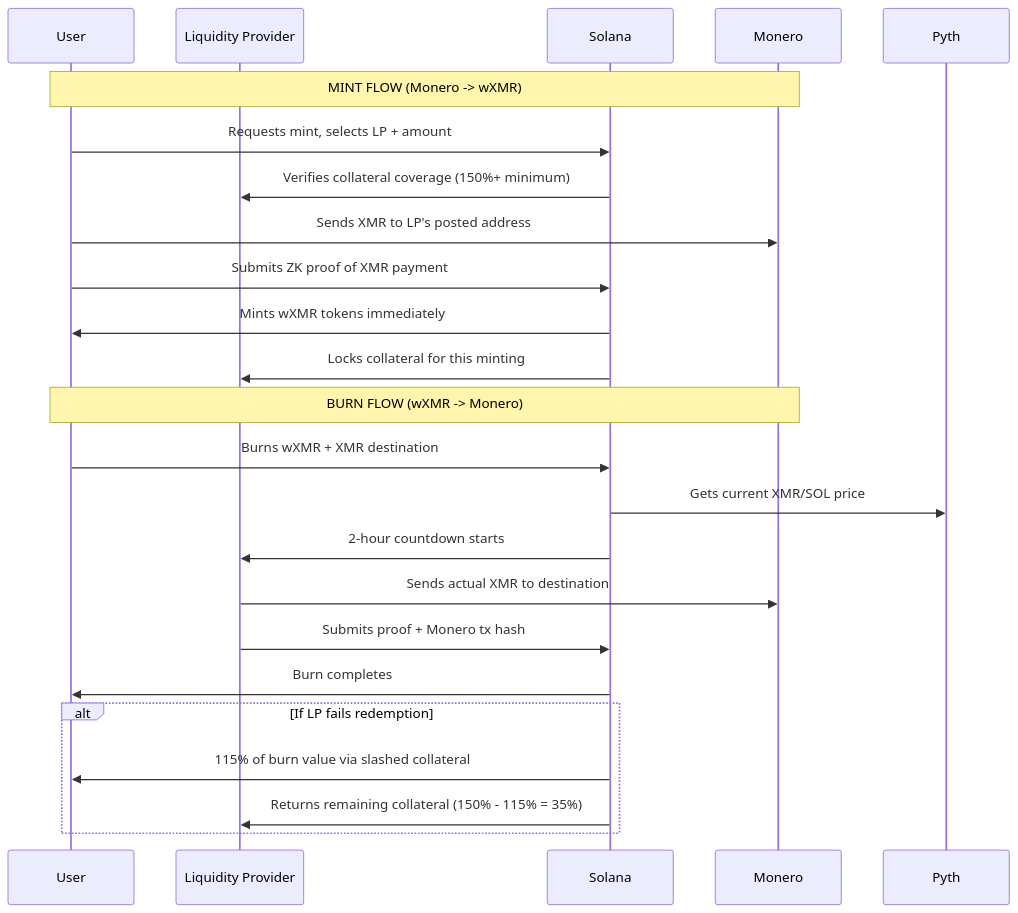
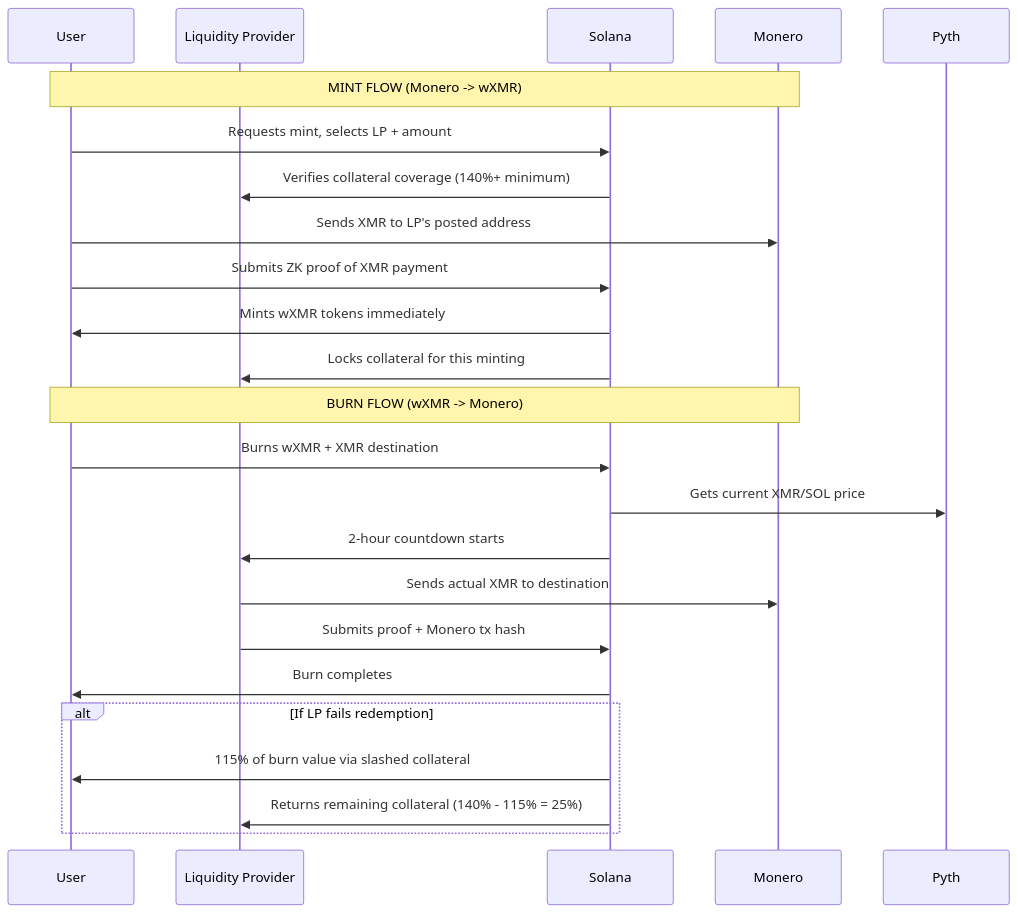
Before and after one commit to madschristensen99/fungerbil: the diagram in SYNTHWRAP.md, drawn with Mermaid. The commit also changed 1 other file, not shown here.

Commit message:
Update minimum collateral ratio to 140%
- Changed from 150% to 140% minimum collateral requirement
- Updated liquidation calculus (25% return on failure vs 35%)
- Updated all documentation references consistently

````diff
--- a/SYNTHWRAP.md
+++ b/SYNTHWRAP.md
@@ -34,29 +34,29 @@
 ```mermaid
 sequenceDiagram
     participant User
     participant LP as Liquidity Provider
     participant Solana
     participant Monero
     participant Pyth
 
     Note over User,Monero: MINT FLOW (Monero -> wXMR)
     User->>Solana: Requests mint, selects LP + amount
-    Solana->>LP: Verifies collateral coverage (150%+ minimum)
+    Solana->>LP: Verifies collateral coverage (140%+ minimum)
     User->>Monero: Sends XMR to LP's posted address
     User->>Solana: Submits ZK proof of XMR payment
     Solana->>User: Mints wXMR tokens immediately
     Solana->>LP: Locks collateral for this minting
 
     Note over User,Monero: BURN FLOW (wXMR -> Monero)
     User->>Solana: Burns wXMR + XMR destination
     Solana->>Pyth: Gets current XMR/SOL price
     Solana->>LP: 2-hour countdown starts
     LP->>Monero: Sends actual XMR to destination
     LP->>Solana: Submits proof + Monero tx hash
     Solana->>User: Burn completes
     
     alt If LP fails redemption
         Solana->>User: 115% of burn value via slashed collateral
-        Solana->>LP: Returns remaining collateral (150% - 115% = 35%)
+        Solana->>LP: Returns remaining collateral (140% - 115% = 25%)
     end
 ```
````
